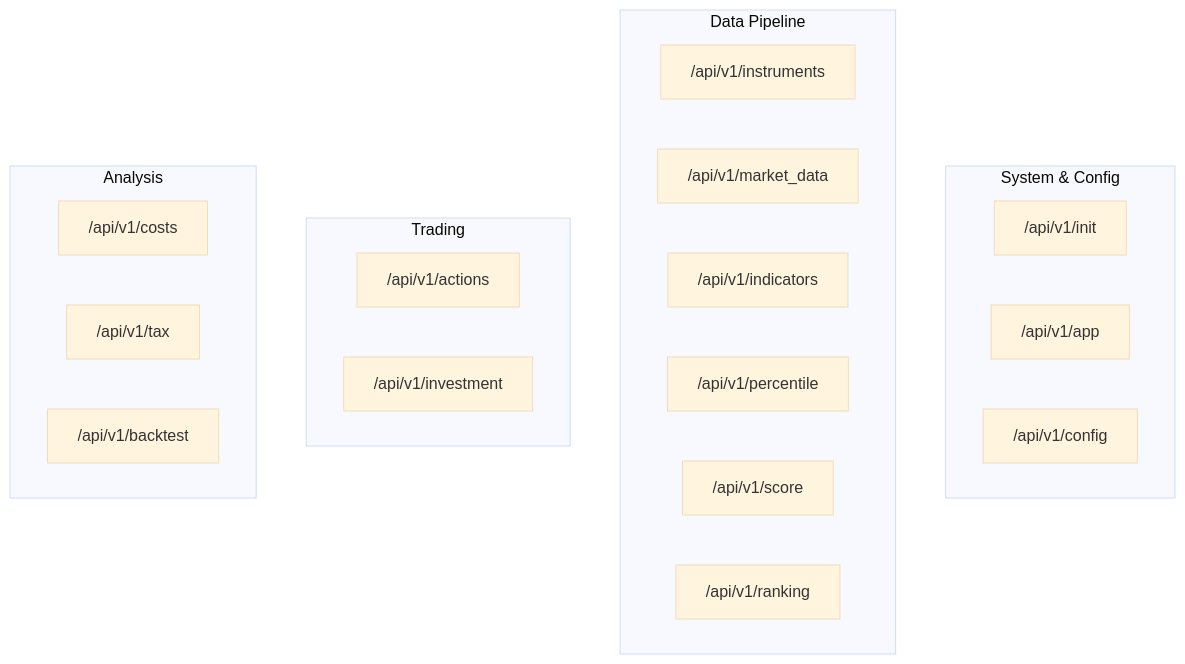
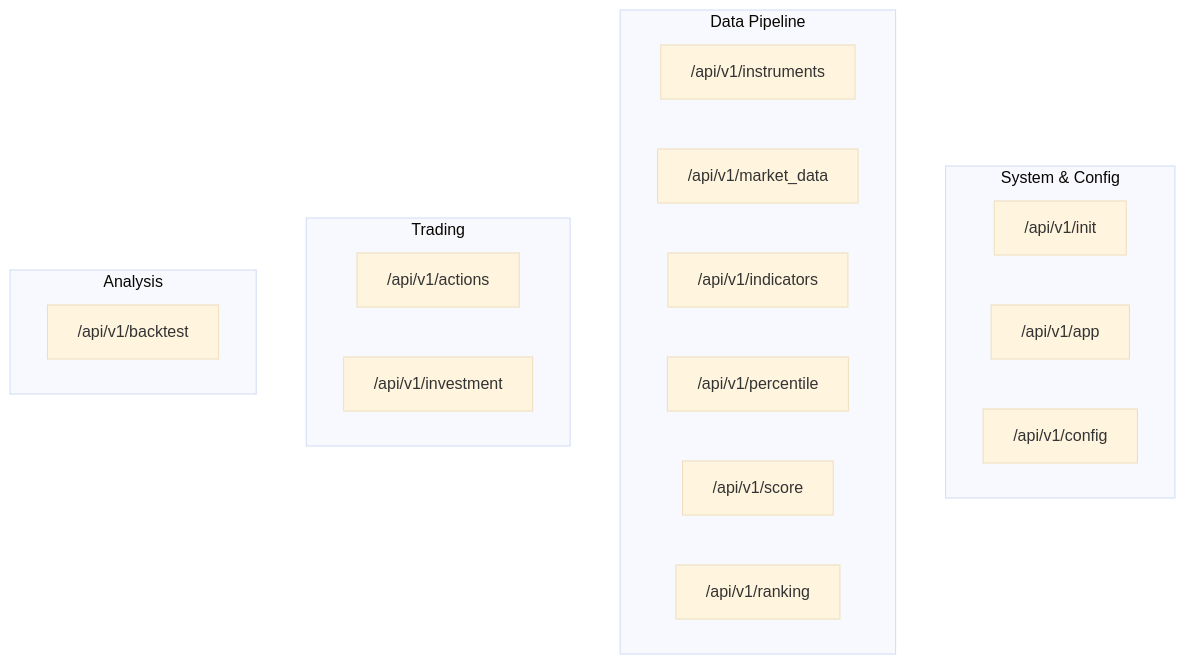
One commit to Harshit6135/stock_screener changed the fourth of 4 diagrams in docs/ARCHITECTURE.md. Above: the diagram before and after it, drawn with Mermaid (base theme). The commit also changed other lines of this file and 53 other files, not shown here.

````diff
--- a/docs/ARCHITECTURE.md
+++ b/docs/ARCHITECTURE.md
@@ -354,28 +341,26 @@
 ```mermaid
 flowchart TD
     subgraph System["System & Config"]
         INIT["/api/v1/init"]
         APP["/api/v1/app"]
         CFG["/api/v1/config"]
     end
 
     subgraph DataPipeline["Data Pipeline"]
         INST["/api/v1/instruments"]
         MD["/api/v1/market_data"]
         INDI["/api/v1/indicators"]
         PCT["/api/v1/percentile"]
         SCR["/api/v1/score"]
         RNK["/api/v1/ranking"]
     end
 
     subgraph TradingOps["Trading"]
         ACT["/api/v1/actions"]
         INV["/api/v1/investment"]
     end
 
     subgraph AnalysisOps["Analysis"]
-        COST["/api/v1/costs"]
-        TAX["/api/v1/tax"]
         BT["/api/v1/backtest"]
     end
 ```
````
